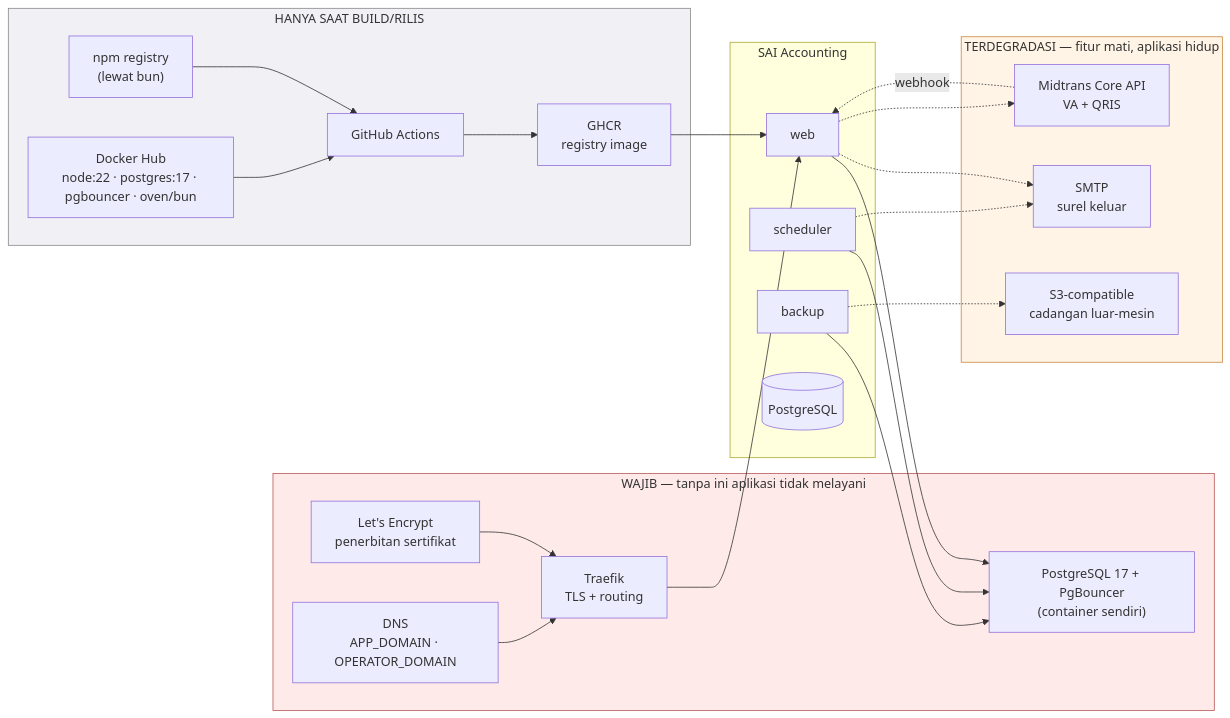
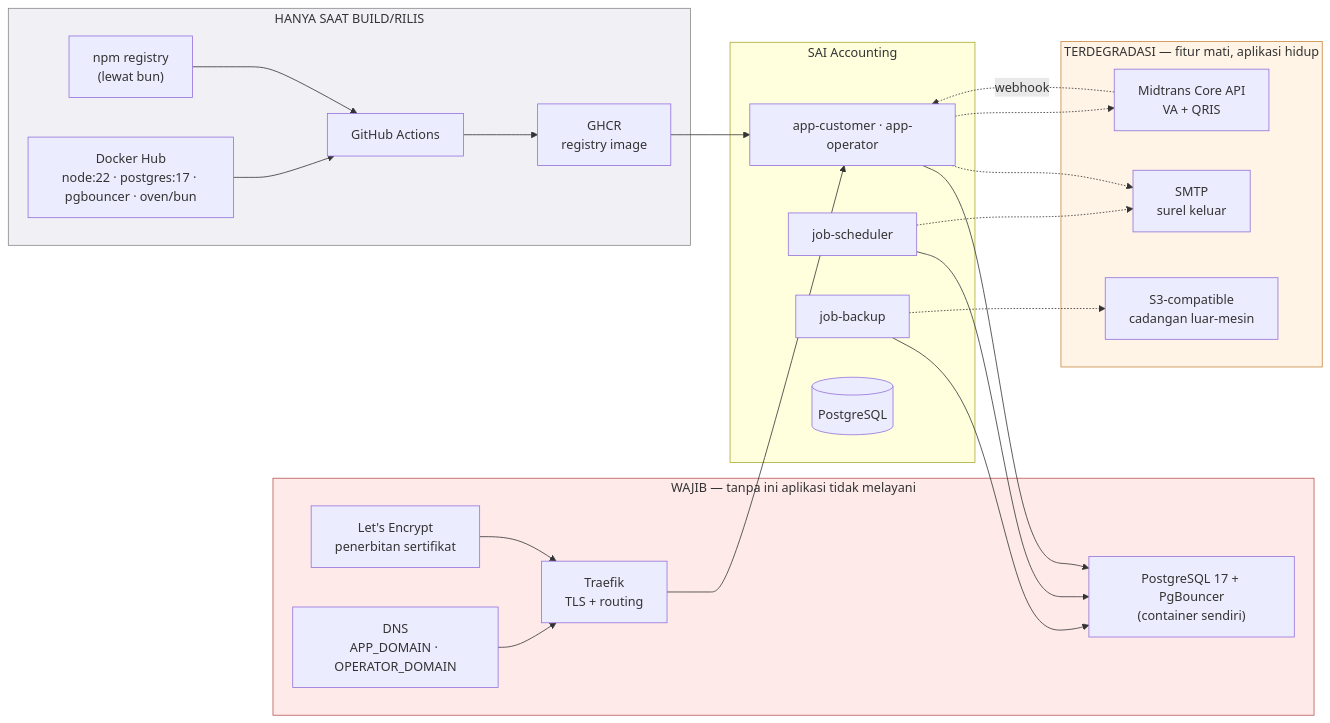
One commit to tri-evendi/sai-accounting changed the first of 4 diagrams in docs/arsitektur/04-DEPENDENSI-INTEGRASI.md. Above: the diagram before and after it, drawn with Mermaid. The commit also changed other lines of this file and 43 other files, not shown here.

````diff
--- a/docs/arsitektur/04-DEPENDENSI-INTEGRASI.md
+++ b/docs/arsitektur/04-DEPENDENSI-INTEGRASI.md
@@ -7,50 +7,50 @@
 ```mermaid
 graph LR
     subgraph platform["SAI Accounting"]
-        WEB["web"]
-        SCH["scheduler"]
-        BAK["backup"]
+        WEB["app-customer · app-operator"]
+        SCH["job-scheduler"]
+        BAK["job-backup"]
         DB[("PostgreSQL")]
     end
 
     subgraph wajib["WAJIB — tanpa ini aplikasi tidak melayani"]
         MARIA["PostgreSQL 17 + PgBouncer<br/>(container sendiri)"]
         TRAEFIK["Traefik<br/>TLS + routing"]
         LE["Let's Encrypt<br/>penerbitan sertifikat"]
         DNS["DNS<br/>APP_DOMAIN · OPERATOR_DOMAIN"]
     end
 
     subgraph degradasi["TERDEGRADASI — fitur mati, aplikasi hidup"]
         SMTP["SMTP<br/>surel keluar"]
         S3["S3-compatible<br/>cadangan luar-mesin"]
         MT["Midtrans Core API<br/>VA + QRIS"]
     end
 
     subgraph build["HANYA SAAT BUILD/RILIS"]
         GH["GitHub Actions"]
         GHCR["GHCR<br/>registry image"]
         NPM["npm registry<br/>(lewat bun)"]
         DH["Docker Hub<br/>node:22 · postgres:17 · pgbouncer · oven/bun"]
     end
 
     WEB --> MARIA
     SCH --> MARIA
     BAK --> MARIA
     TRAEFIK --> WEB
     LE --> TRAEFIK
     DNS --> TRAEFIK
 
     WEB -.-> SMTP
     SCH -.-> SMTP
     BAK -.-> S3
     WEB -.-> MT
     MT -.->|webhook| WEB
 
     GH --> GHCR --> WEB
     NPM --> GH
     DH --> GH
 
     style wajib fill:#ffeaea,stroke:#b55
     style degradasi fill:#fff4e6,stroke:#c9873d
     style build fill:#f0f0f5,stroke:#888
 ```
````
